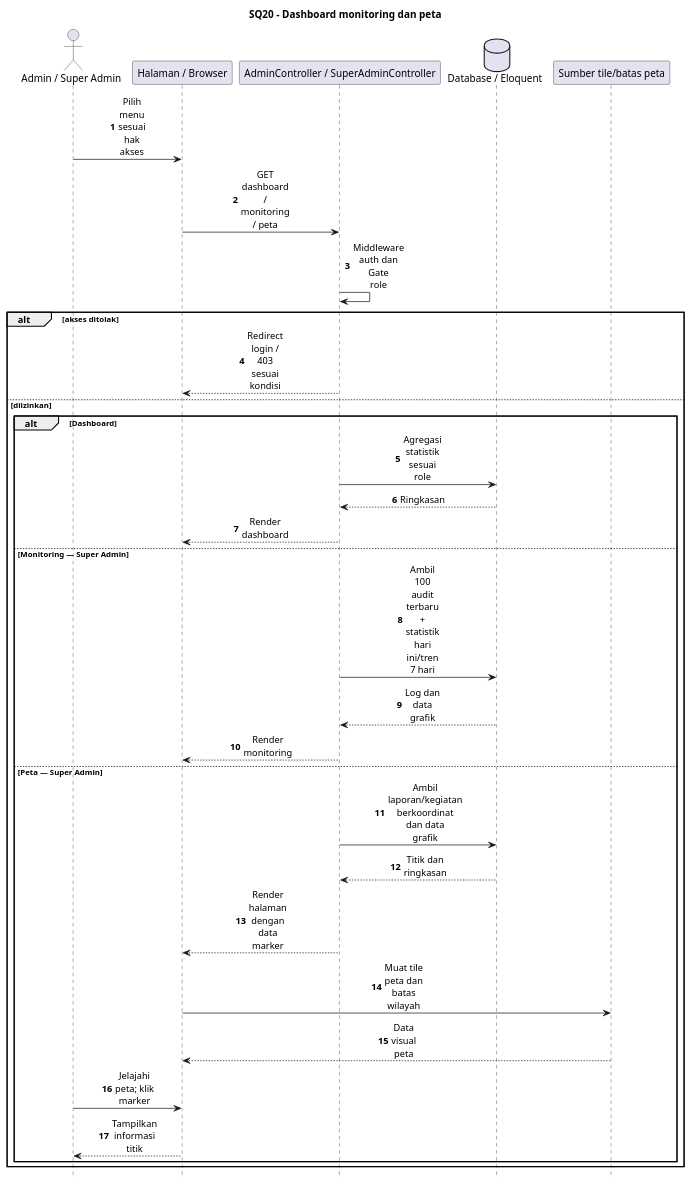
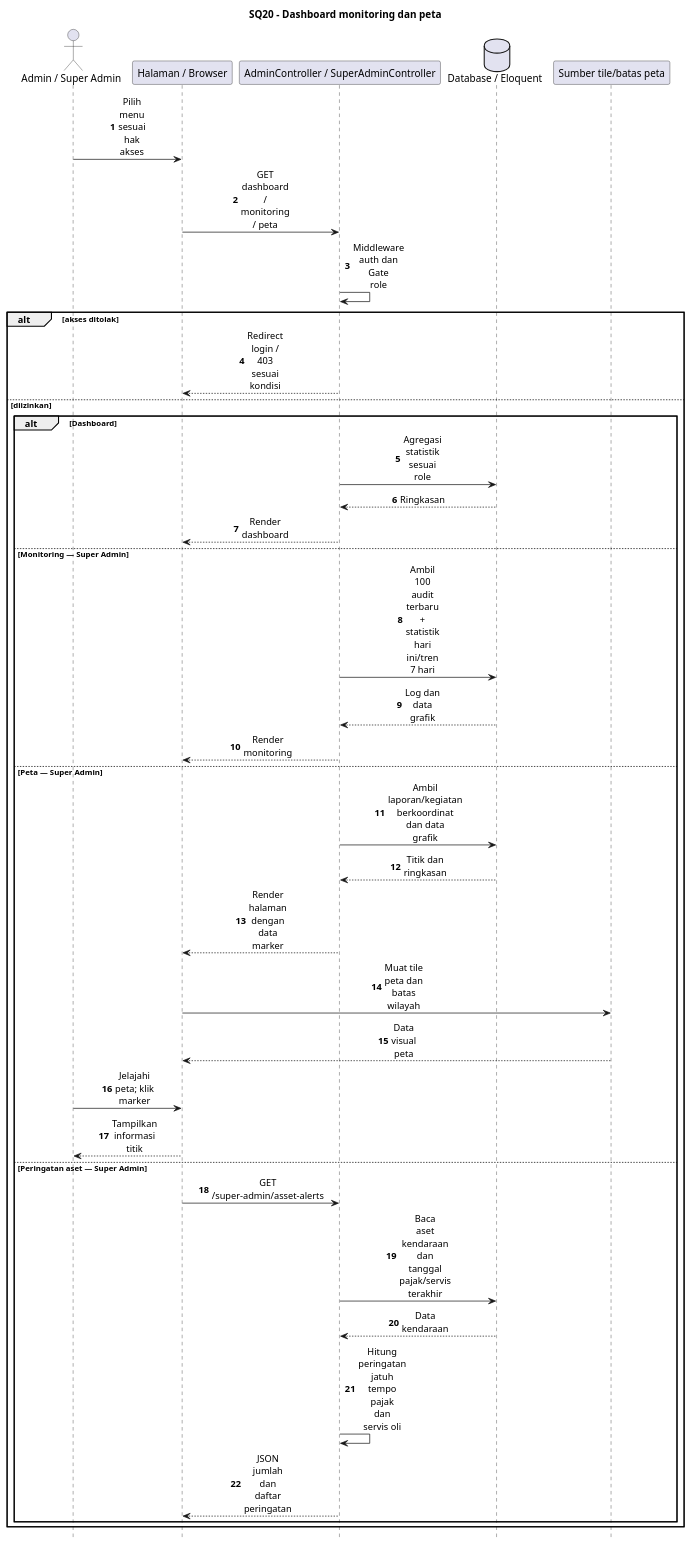
Diagram 20 of 21 in docs/SIPRAJA-sequence.puml (Samuel-smr/Satpolpp), drawn with PlantUML before and after one commit. The commit also changed other lines of this file and 8 other files, not shown here.

Commit message:
Selaraskan diagram dengan implementasi sistem

```diff
--- a/docs/SIPRAJA-sequence.puml
+++ b/docs/SIPRAJA-sequence.puml
@@ -752,37 +752,43 @@
 @startuml SQ20
 title SQ20 - Dashboard monitoring dan peta
 hide footbox
 skinparam shadowing false
 skinparam sequenceMessageAlign center
 skinparam maxMessageSize 55
 autonumber
 actor "Admin / Super Admin" as A
 participant "Halaman / Browser" as B
 participant "AdminController / SuperAdminController" as C
 database "Database / Eloquent" as D
 participant "Sumber tile/batas peta" as G
 A -> B : Pilih menu sesuai hak akses
 B -> C : GET dashboard / monitoring / peta
 C -> C : Middleware auth dan Gate role
 alt akses ditolak
 C --> B : Redirect login / 403 sesuai kondisi
 else diizinkan
 alt Dashboard
 C -> D : Agregasi statistik sesuai role
 D --> C : Ringkasan
 C --> B : Render dashboard
 else Monitoring — Super Admin
 C -> D : Ambil 100 audit terbaru + statistik hari ini/tren 7 hari
 D --> C : Log dan data grafik
 C --> B : Render monitoring
 else Peta — Super Admin
 C -> D : Ambil laporan/kegiatan berkoordinat dan data grafik
 D --> C : Titik dan ringkasan
 C --> B : Render halaman dengan data marker
 B -> G : Muat tile peta dan batas wilayah
 G --> B : Data visual peta
 A -> B : Jelajahi peta; klik marker
 B --> A : Tampilkan informasi titik
+else Peringatan aset — Super Admin
+B -> C : GET /super-admin/asset-alerts
+C -> D : Baca aset kendaraan dan tanggal pajak/servis terakhir
+D --> C : Data kendaraan
+C -> C : Hitung peringatan jatuh tempo pajak dan servis oli
+C --> B : JSON jumlah dan daftar peringatan
 end
 end
 @enduml
```
